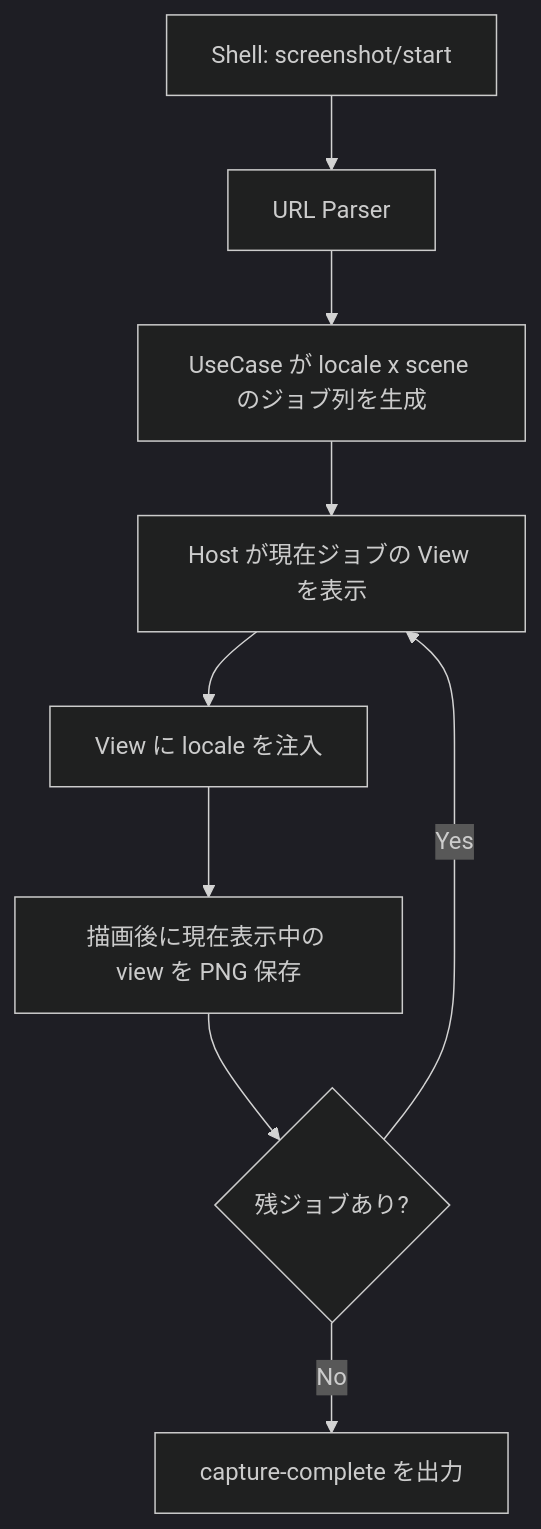
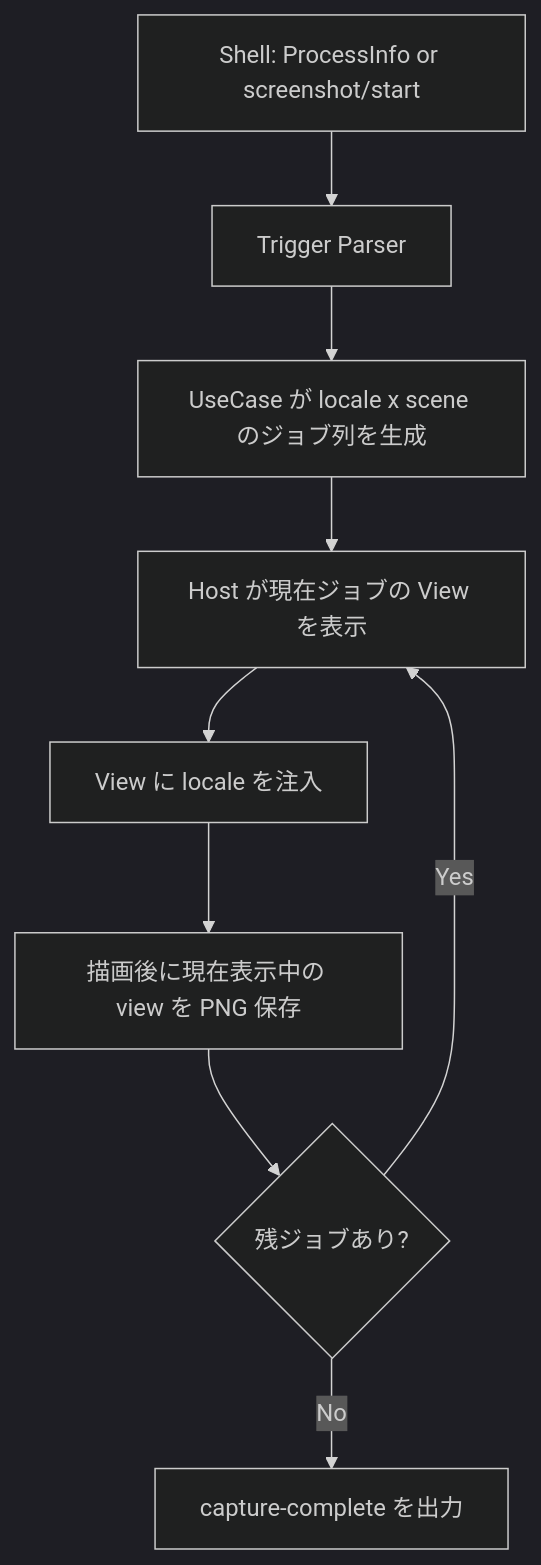
One commit to kmatsushita1012/ScreenshotKit changed the diagram in docs/design.md. Above: the diagram before and after it, drawn with Mermaid (dark theme). The commit also changed other lines of this file and 6 other files, not shown here.

````diff
--- a/docs/design.md
+++ b/docs/design.md
@@ -60,11 +61,11 @@
 ```mermaid
 flowchart TD
-    A["Shell: screenshot/start"] --> B["URL Parser"]
+    A["Shell: ProcessInfo or screenshot/start"] --> B["Trigger Parser"]
     B --> C["UseCase が locale x scene のジョブ列を生成"]
     C --> D["Host が現在ジョブの View を表示"]
     D --> E["View に locale を注入"]
     E --> F["描画後に現在表示中の view を PNG 保存"]
     F --> G{"残ジョブあり?"}
     G -->|Yes| D
     G -->|No| H["capture-complete を出力"]
 ```
````
